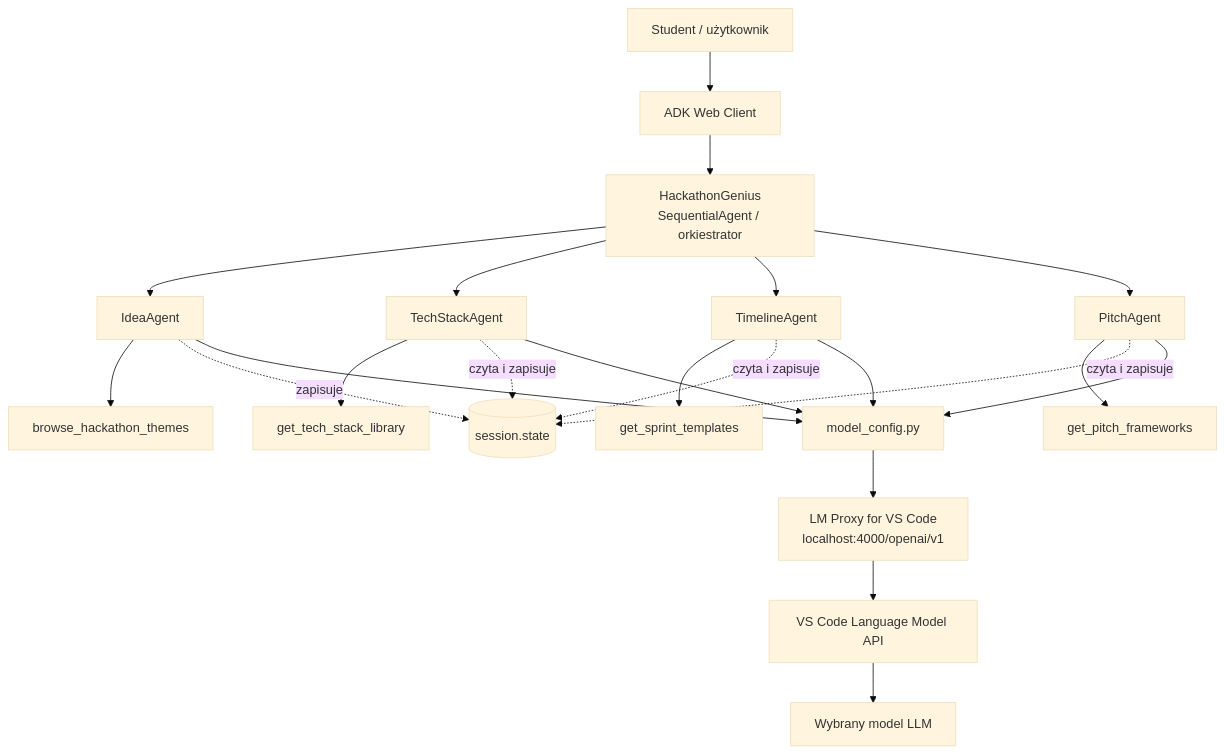
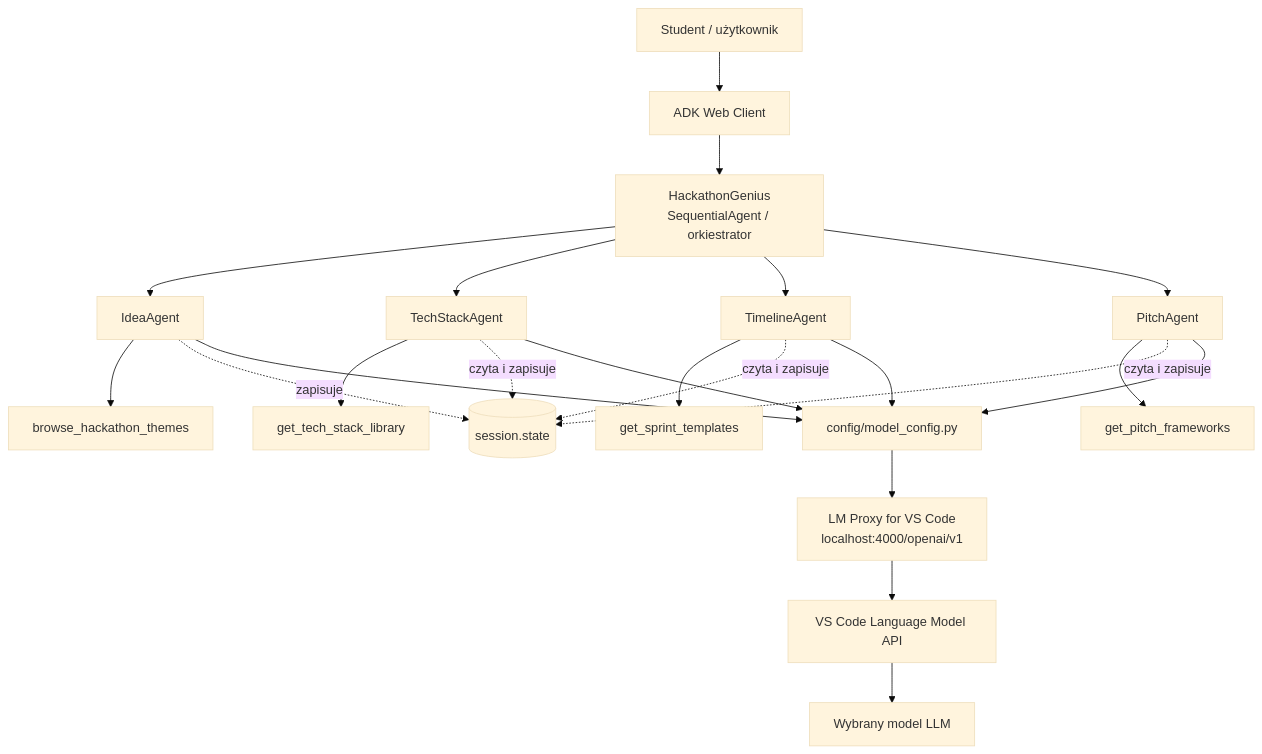
The diagram in docs/architecture/ARCHITEKTURA_DEMO_PL.md (pgw-engineering/agh_conference), drawn with Mermaid (base theme) before and after one commit. The commit also changed other lines of this file and 32 other files, not shown here.

````diff
--- a/docs/architecture/ARCHITEKTURA_DEMO_PL.md
+++ b/docs/architecture/ARCHITEKTURA_DEMO_PL.md
@@ -73,29 +73,29 @@
 ```mermaid
 flowchart TD
     U[Student / użytkownik] --> W[ADK Web Client]
     W --> O[HackathonGenius<br/>SequentialAgent / orkiestrator]
 
     O --> A1[IdeaAgent]
     O --> A2[TechStackAgent]
     O --> A3[TimelineAgent]
     O --> A4[PitchAgent]
 
     A1 --> T1[browse_hackathon_themes]
     A2 --> T2[get_tech_stack_library]
     A3 --> T3[get_sprint_templates]
     A4 --> T4[get_pitch_frameworks]
 
     A1 -. zapisuje .-> S[(session.state)]
     A2 -. czyta i zapisuje .-> S
     A3 -. czyta i zapisuje .-> S
     A4 -. czyta i zapisuje .-> S
 
-    A1 --> M[model_config.py]
+    A1 --> M[config/model_config.py]
     A2 --> M
     A3 --> M
     A4 --> M
 
     M --> P[LM Proxy for VS Code<br/>localhost:4000/openai/v1]
     P --> V[VS Code Language Model API]
     V --> L[Wybrany model LLM]
 ```
````
